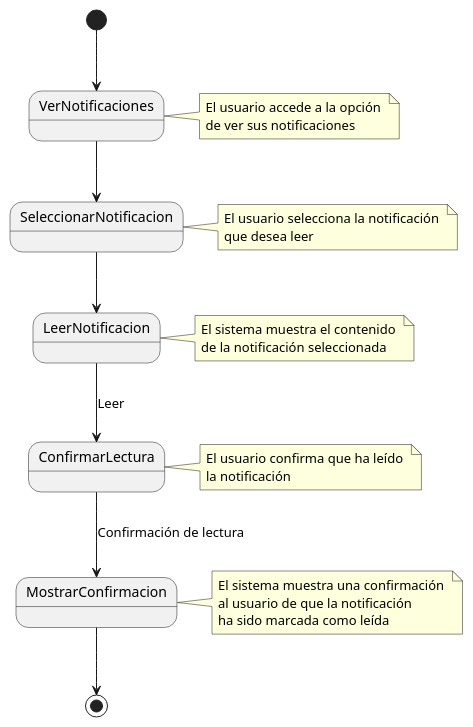
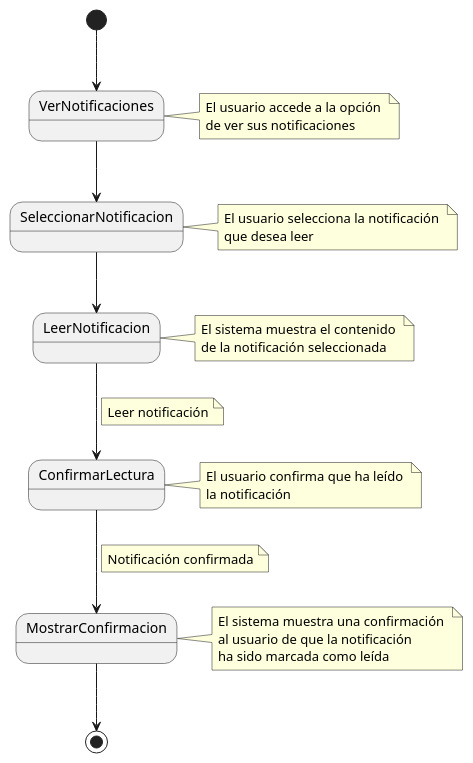
The diagram in CasosDeUso/CduDetallados/CduNotficaciones/LeerNotificaciones.puml (pablarce/23-24-IdSw1-SDR), drawn with PlantUML before and after one commit. The commit also changed 5 other files, not shown here.

```diff
--- a/CasosDeUso/CduDetallados/CduNotficaciones/LeerNotificaciones.puml
+++ b/CasosDeUso/CduDetallados/CduNotficaciones/LeerNotificaciones.puml
@@ -1,36 +1,42 @@
 @startuml
 
 [*] --> VerNotificaciones
 note right of VerNotificaciones
  El usuario accede a la opción 
  de ver sus notificaciones
 end note
 
 VerNotificaciones --> SeleccionarNotificacion
 note right of SeleccionarNotificacion
  El usuario selecciona la notificación 
  que desea leer
 end note
 
 SeleccionarNotificacion --> LeerNotificacion
 note right of LeerNotificacion
  El sistema muestra el contenido 
  de la notificación seleccionada
 end note
 
-LeerNotificacion --> ConfirmarLectura : Leer
+LeerNotificacion --> ConfirmarLectura
+note on link
+Leer notificación
+end note
 note right of ConfirmarLectura
  El usuario confirma que ha leído 
  la notificación
 end note
 
-ConfirmarLectura --> MostrarConfirmacion : Confirmación de lectura
+ConfirmarLectura --> MostrarConfirmacion
+note on link
+Notificación confirmada
+end note
 note right of MostrarConfirmacion
  El sistema muestra una confirmación 
  al usuario de que la notificación 
  ha sido marcada como leída
 end note
 
 MostrarConfirmacion --> [*]
 
 @enduml
```
